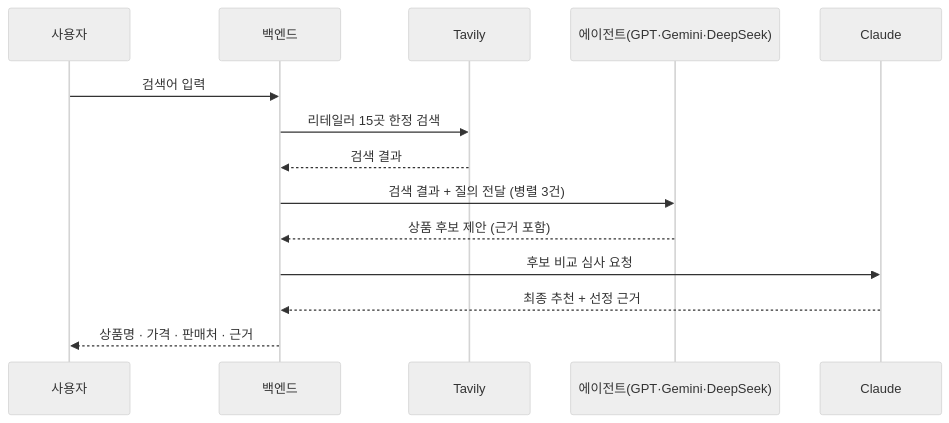
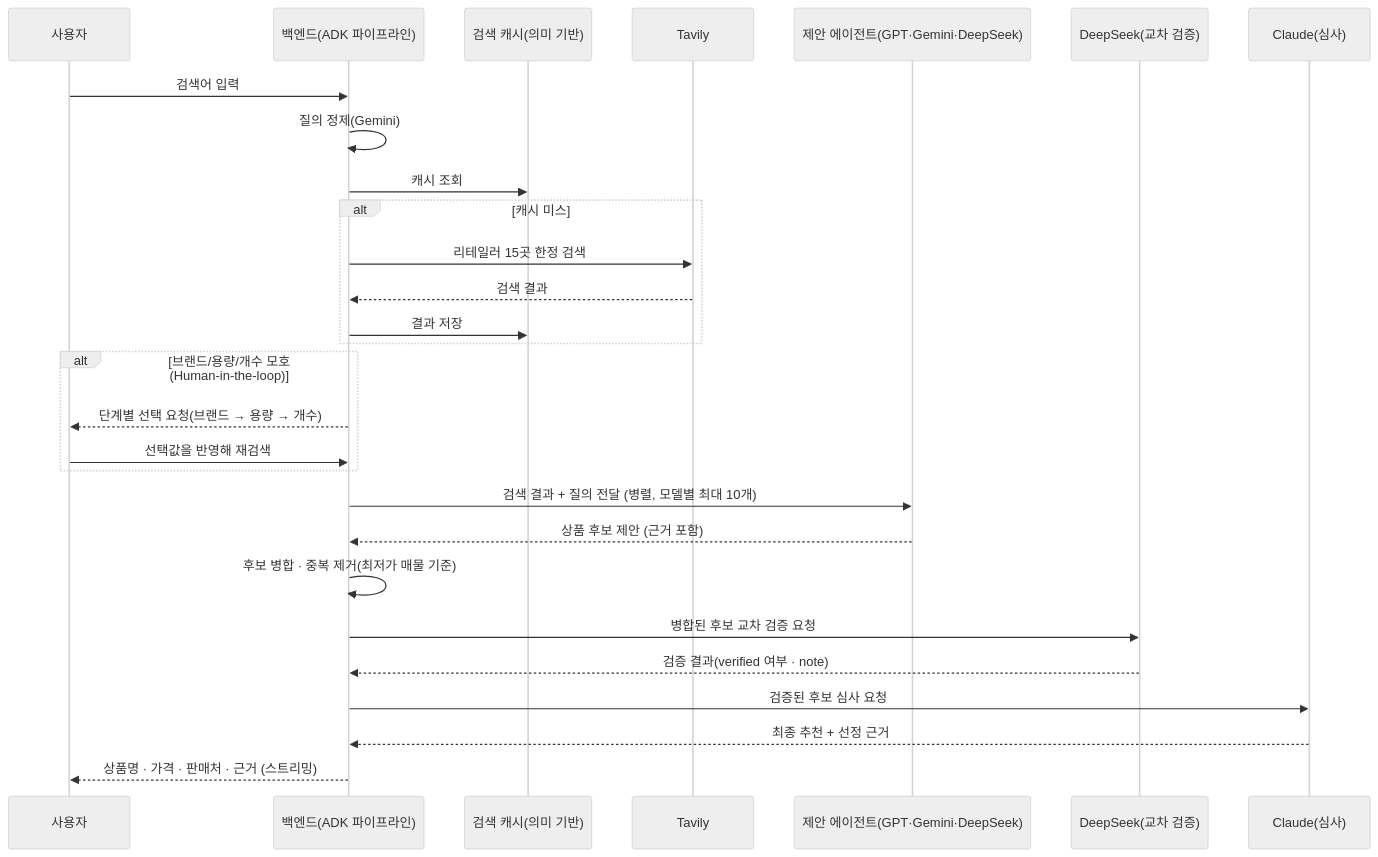
One commit to Alpha-pick00/Alpha-pick00.github.io changed the second of 2 diagrams in README.md. Above: the diagram before and after it, drawn with Mermaid (neutral theme). The commit also changed other lines of this file, not shown here.

First line of the commit message:
Update README for ADK pipeline, HITL, and semantic search cache

````diff
--- a/README.md
+++ b/README.md
@@ -138,17 +156,31 @@
 ```mermaid
 sequenceDiagram
     participant U as 사용자
-    participant B as 백엔드
+    participant B as 백엔드(ADK 파이프라인)
+    participant Cache as 검색 캐시(의미 기반)
     participant T as Tavily
-    participant A as 에이전트(GPT·Gemini·DeepSeek)
-    participant C as Claude
+    participant P as 제안 에이전트(GPT·Gemini·DeepSeek)
+    participant D as DeepSeek(교차 검증)
+    participant J as Claude(심사)
 
     U->>B: 검색어 입력
-    B->>T: 리테일러 15곳 한정 검색
-    T-->>B: 검색 결과
-    B->>A: 검색 결과 + 질의 전달 (병렬 3건)
-    A-->>B: 상품 후보 제안 (근거 포함)
-    B->>C: 후보 비교 심사 요청
-    C-->>B: 최종 추천 + 선정 근거
-    B-->>U: 상품명 · 가격 · 판매처 · 근거
+    B->>B: 질의 정제(Gemini)
+    B->>Cache: 캐시 조회
+    alt 캐시 미스
+        B->>T: 리테일러 15곳 한정 검색
+        T-->>B: 검색 결과
+        B->>Cache: 결과 저장
+    end
+    alt 브랜드/용량/개수 모호 (Human-in-the-loop)
+        B-->>U: 단계별 선택 요청(브랜드 → 용량 → 개수)
+        U->>B: 선택값을 반영해 재검색
+    end
+    B->>P: 검색 결과 + 질의 전달 (병렬, 모델별 최대 10개)
+    P-->>B: 상품 후보 제안 (근거 포함)
+    B->>B: 후보 병합 · 중복 제거(최저가 매물 기준)
+    B->>D: 병합된 후보 교차 검증 요청
+    D-->>B: 검증 결과(verified 여부 · note)
+    B->>J: 검증된 후보 심사 요청
+    J-->>B: 최종 추천 + 선정 근거
+    B-->>U: 상품명 · 가격 · 판매처 · 근거 (스트리밍)
 ```
````
